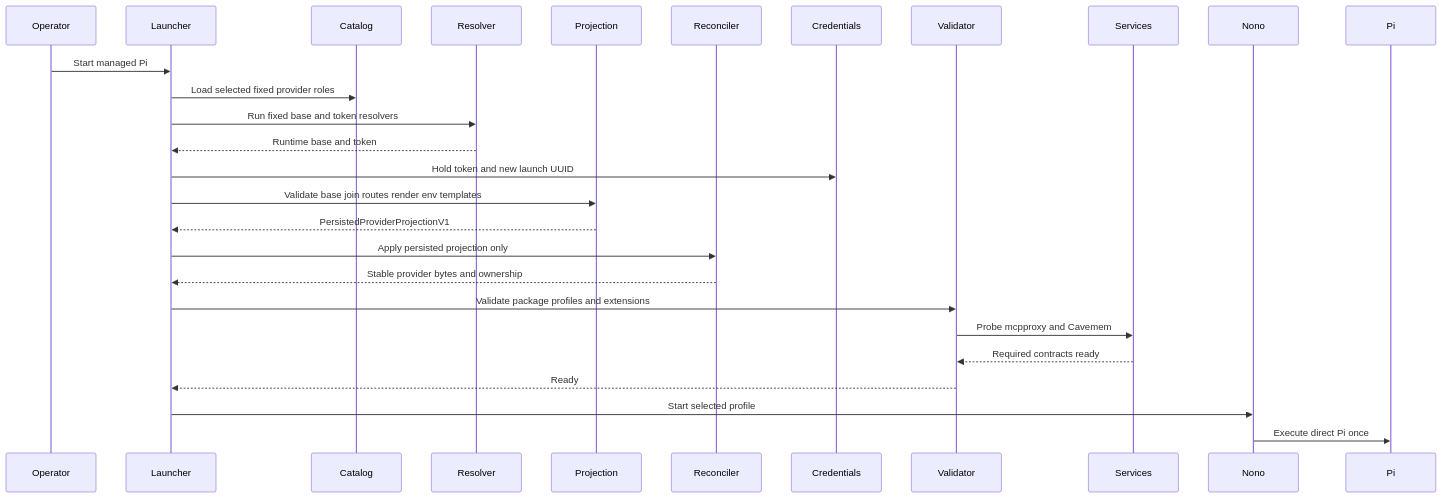
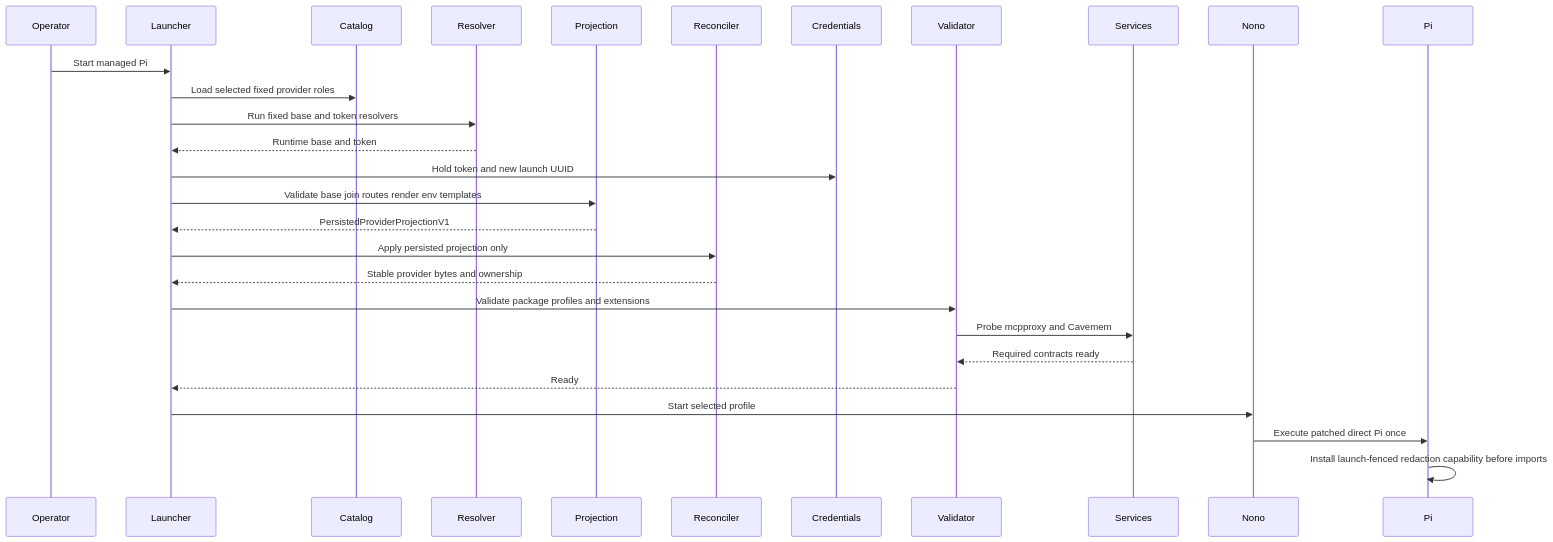
The second of 3 diagrams in .kiro/specs/pi-agent-integration/design.md (DWSR/nix-config), drawn with Mermaid before and after one commit. The commit also changed other lines of this file and 13 other files, not shown here.

````diff
--- a/.kiro/specs/pi-agent-integration/design.md
+++ b/.kiro/specs/pi-agent-integration/design.md
@@ -228,30 +226,31 @@
 ```mermaid
 sequenceDiagram
     participant Operator
     participant Launcher
     participant Catalog
     participant Resolver
     participant Projection
     participant Reconciler
     participant Credentials
     participant Validator
     participant Services
     participant Nono
     participant Pi
 
     Operator->>Launcher: Start managed Pi
     Launcher->>Catalog: Load selected fixed provider roles
     Launcher->>Resolver: Run fixed base and token resolvers
     Resolver-->>Launcher: Runtime base and token
     Launcher->>Credentials: Hold token and new launch UUID
     Launcher->>Projection: Validate base join routes render env templates
     Projection-->>Launcher: PersistedProviderProjectionV1
     Launcher->>Reconciler: Apply persisted projection only
     Reconciler-->>Launcher: Stable provider bytes and ownership
     Launcher->>Validator: Validate package profiles and extensions
     Validator->>Services: Probe mcpproxy and Cavemem
     Services-->>Validator: Required contracts ready
     Validator-->>Launcher: Ready
     Launcher->>Nono: Start selected profile
-    Nono->>Pi: Execute direct Pi once
+    Nono->>Pi: Execute patched direct Pi once
+    Pi->>Pi: Install launch-fenced redaction capability before imports
 ```
````
